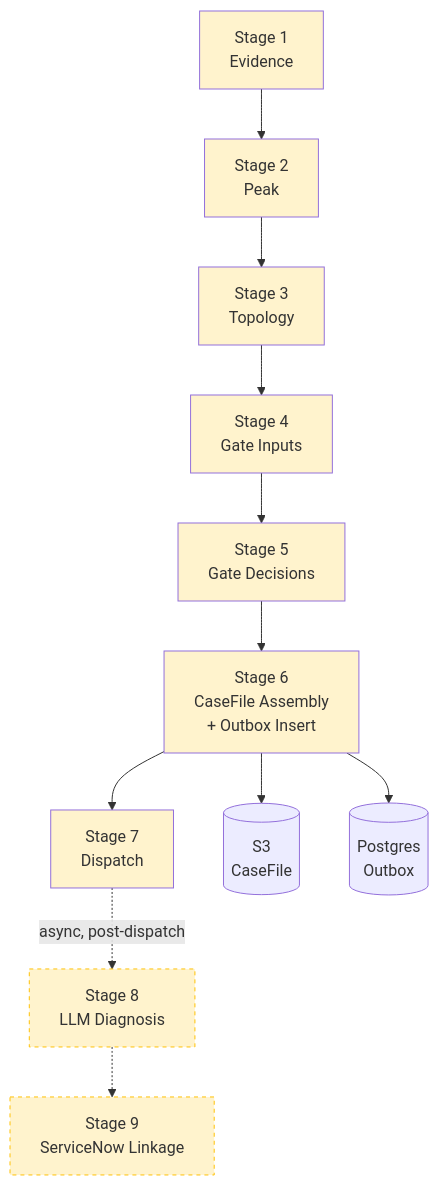
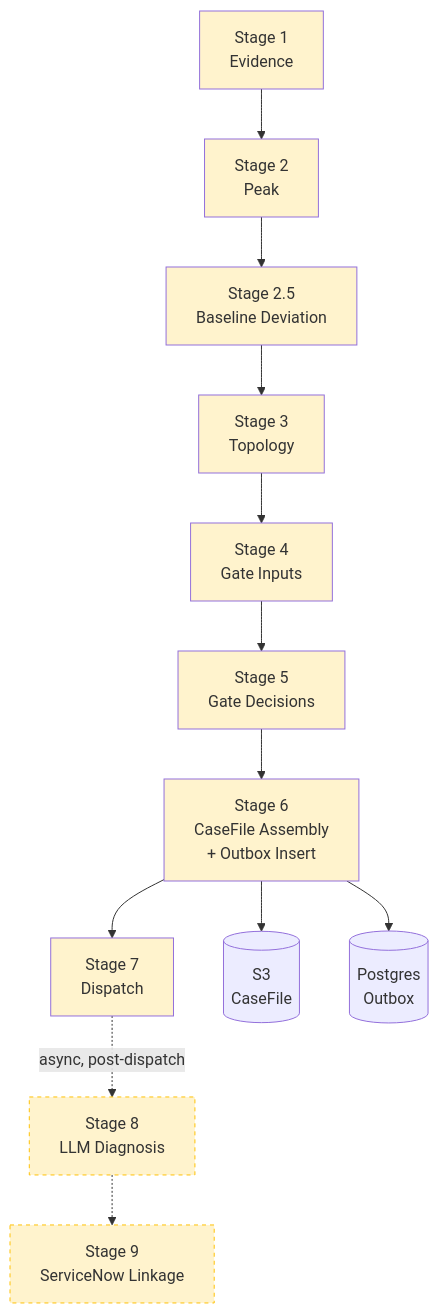
The second of 3 diagrams in docs/developer-onboarding.md (ssasvathan/aiops), drawn with Mermaid before and after one commit. The commit also changed other lines of this file and 13 other files, not shown here.

````diff
--- a/docs/developer-onboarding.md
+++ b/docs/developer-onboarding.md
@@ -99,25 +99,27 @@
 ```mermaid
 flowchart TD
     EV[Stage 1<br>Evidence] --> PK[Stage 2<br>Peak]
-    PK --> TP[Stage 3<br>Topology]
+    PK --> BD[Stage 2.5<br>Baseline Deviation]
+    BD --> TP[Stage 3<br>Topology]
     TP --> GI[Stage 4<br>Gate Inputs]
     GI --> GD[Stage 5<br>Gate Decisions]
     GD --> CF[Stage 6<br>CaseFile Assembly<br>+ Outbox Insert]
     CF --> DS[Stage 7<br>Dispatch]
 
     DS -.->|async, post-dispatch| DX[Stage 8<br>LLM Diagnosis]
     DX -.-> LK[Stage 9<br>ServiceNow Linkage]
 
     CF --> S3[(S3<br>CaseFile)]
     CF --> PG[(Postgres<br>Outbox)]
 
     style EV fill:#fff3cd
     style PK fill:#fff3cd
+    style BD fill:#fff3cd
     style TP fill:#fff3cd
     style GI fill:#fff3cd
     style GD fill:#fff3cd
     style CF fill:#fff3cd
     style DS fill:#fff3cd
     style DX fill:#fff3cd,stroke:#ffc107,stroke-dasharray:4
     style LK fill:#fff3cd,stroke:#ffc107,stroke-dasharray:4
 ```
````
